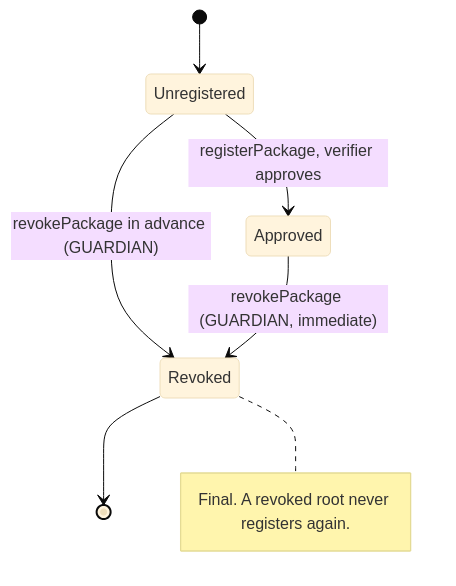
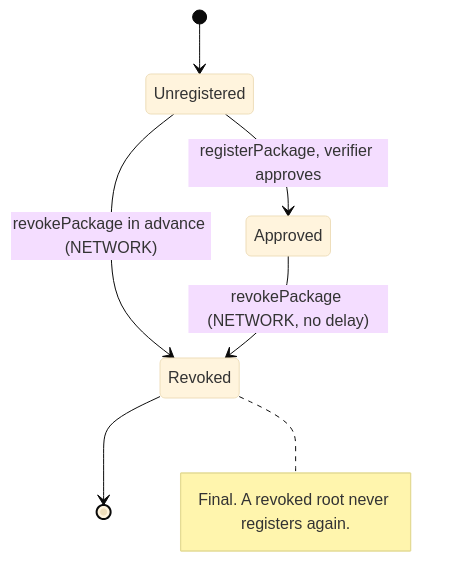
Before and after one commit to 6529-Collections/6529-works: the first of 8 diagrams in docs/spec/curation.md, drawn with Mermaid (base theme). The commit also changed other lines of this file and 352 other files, not shown here.

````diff
--- a/docs/spec/curation.md
+++ b/docs/spec/curation.md
@@ -157,14 +166,14 @@
 ```mermaid
 stateDiagram-v2
     state "Unregistered" as Unregistered
     state "Approved" as Approved
     state "Revoked" as Revoked
     [*] --> Unregistered
     Unregistered --> Approved : registerPackage, verifier approves
-    Unregistered --> Revoked : revokePackage in advance (GUARDIAN)
-    Approved --> Revoked : revokePackage (GUARDIAN, immediate)
+    Unregistered --> Revoked : revokePackage in advance (NETWORK)
+    Approved --> Revoked : revokePackage (NETWORK, no delay)
     Revoked --> [*]
     note right of Revoked
         Final. A revoked root never registers again.
     end note
 ```
````
